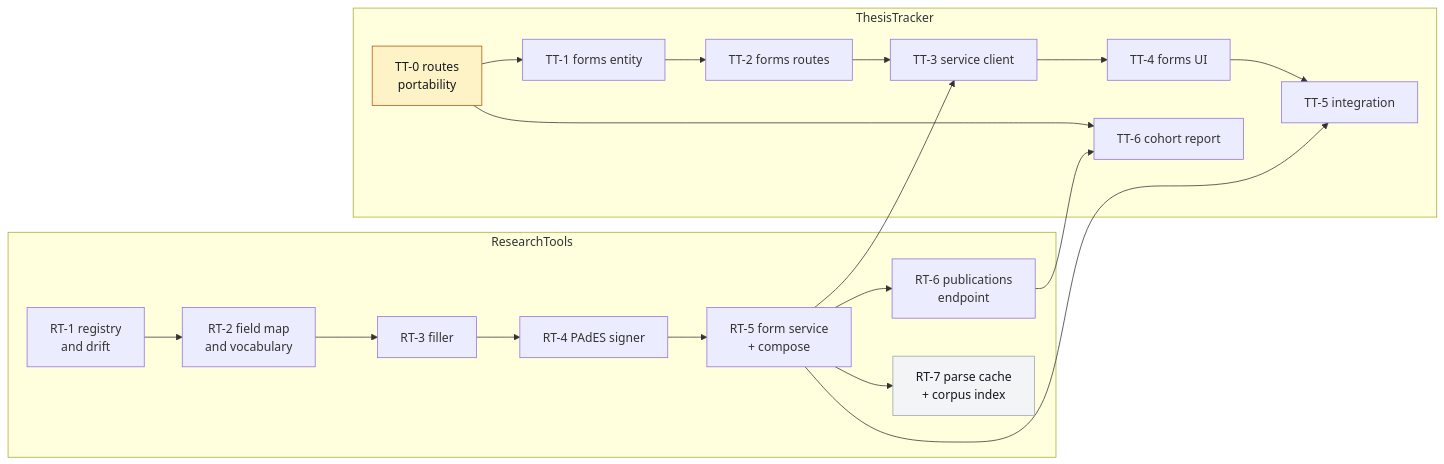
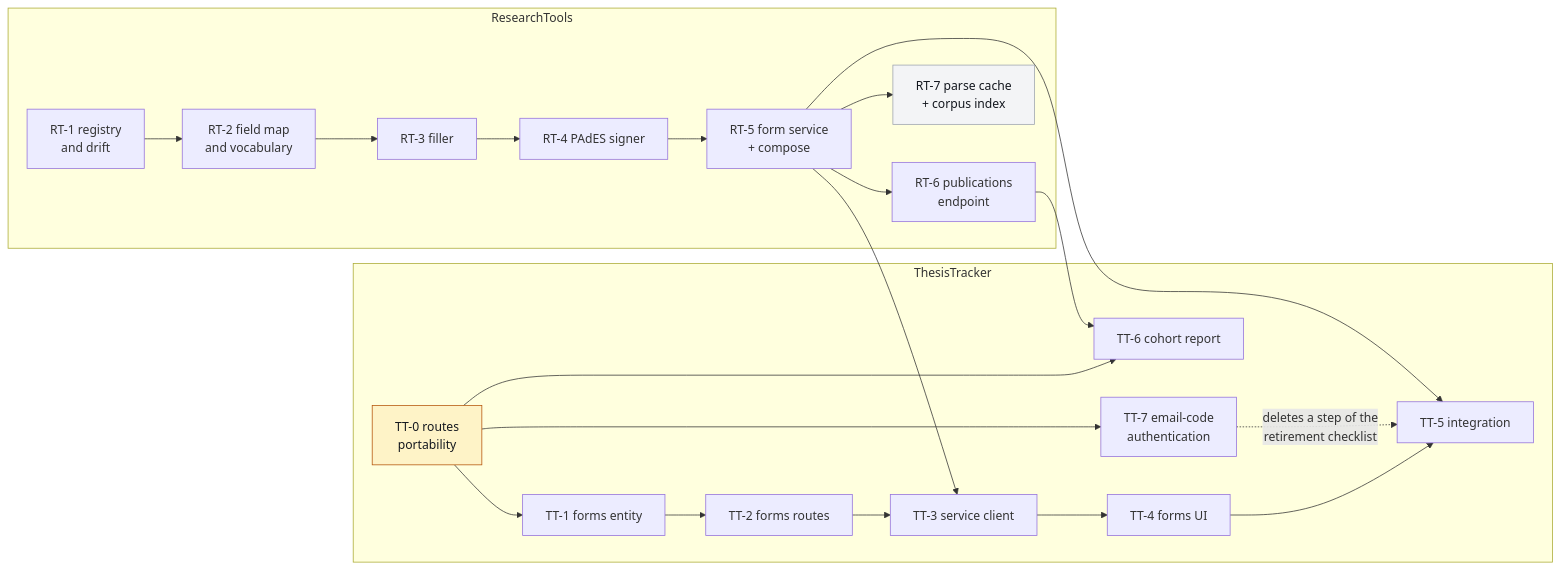
Before and after one commit to LARi-UQAC/ResearchTools: the tenth of 11 diagrams in NEW_ARCHITECTURE.md, drawn with Mermaid. The commit also changed other lines of this file, not shown here.

First line of the commit message:
docs: email-code authentication replaces GitHub OAuth in the architecture

````diff
--- a/NEW_ARCHITECTURE.md
+++ b/NEW_ARCHITECTURE.md
@@ -373,36 +381,39 @@
 ```mermaid
 flowchart LR
   subgraph RTU["ResearchTools"]
     RT1["RT-1 registry<br/>and drift"]
     RT2["RT-2 field map<br/>and vocabulary"]
     RT3["RT-3 filler"]
     RT4["RT-4 PAdES signer"]
     RT5["RT-5 form service<br/>+ compose"]
     RT6["RT-6 publications<br/>endpoint"]
     RT7["RT-7 parse cache<br/>+ corpus index"]
   end
 
   subgraph TTU["ThesisTracker"]
     TT0["TT-0 routes<br/>portability"]
     TT1["TT-1 forms entity"]
     TT2["TT-2 forms routes"]
     TT3["TT-3 service client"]
     TT4["TT-4 forms UI"]
     TT5["TT-5 integration"]
     TT6["TT-6 cohort report"]
+    TT7["TT-7 email-code<br/>authentication"]
   end
 
   RT1 --> RT2 --> RT3 --> RT4 --> RT5
   RT5 --> RT6
   RT5 --> RT7
   TT0 --> TT1 --> TT2 --> TT3 --> TT4 --> TT5
   TT0 --> TT6
+  TT0 --> TT7
+  TT7 -.->|"deletes a step of the<br/>retirement checklist"| TT5
   RT5 --> TT3
   RT5 --> TT5
   RT6 --> TT6
 
   classDef first fill:#FEF3C7,stroke:#B45309,color:#14181F
   classDef last fill:#F3F4F6,stroke:#9CA3AF,color:#14181F
   class TT0 first
   class RT7 last
 ```
````
